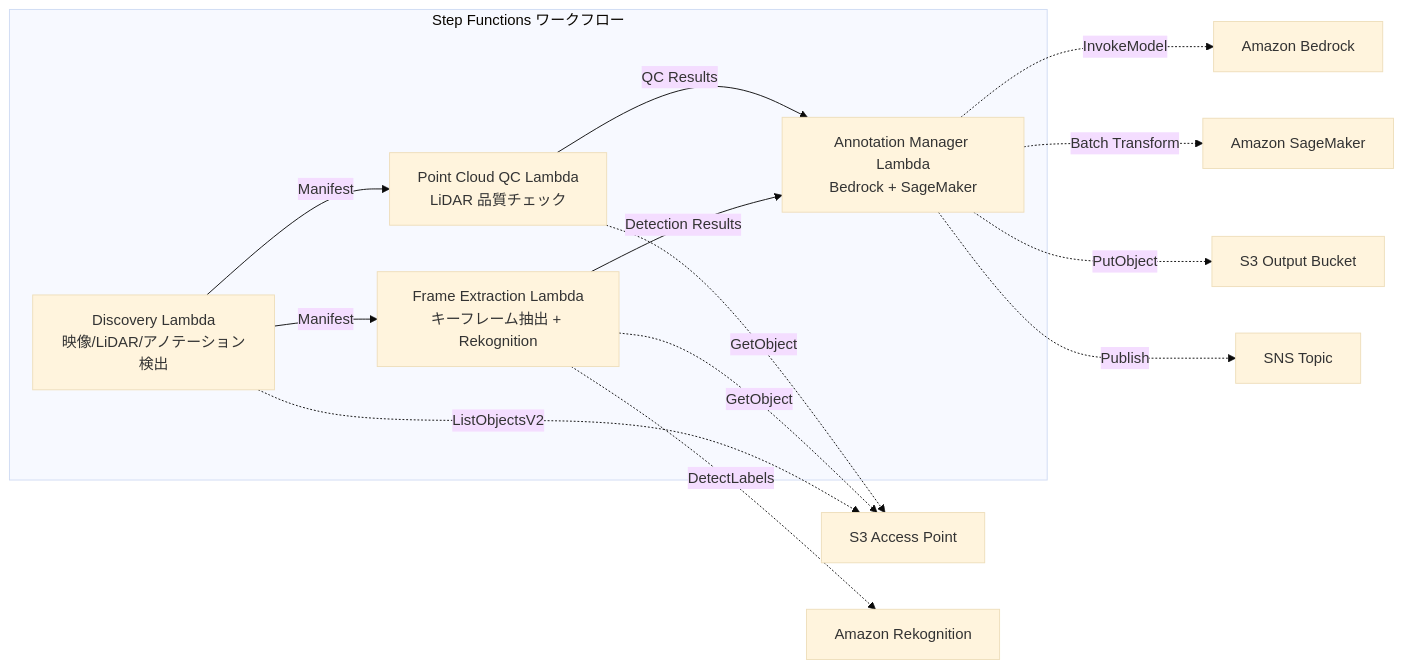
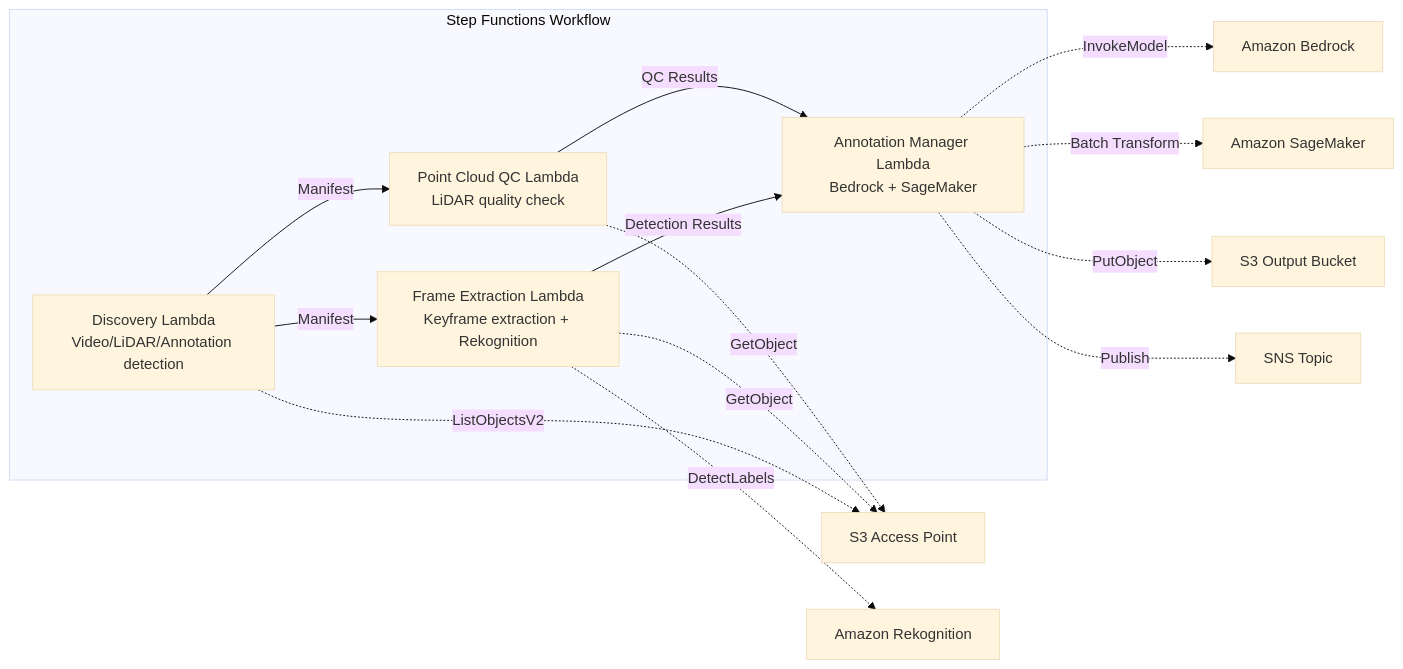
One commit to Yoshiki0705/FSx-for-ONTAP-S3AccessPoints-Serverless-Patterns changed the diagram in solutions/industry/autonomous-driving/README.en.md. Above: the diagram before and after it, drawn with Mermaid (base theme). The commit also changed other lines of this file and 20 other files, not shown here.

````diff
--- a/solutions/industry/autonomous-driving/README.en.md
+++ b/solutions/industry/autonomous-driving/README.en.md
@@ -29,23 +55,23 @@
 ```mermaid
 graph LR
-    subgraph "Step Functions ワークフロー"
-        D[Discovery Lambda<br/>映像/LiDAR/アノテーション検出]
-        FE[Frame Extraction Lambda<br/>キーフレーム抽出 + Rekognition]
-        PC[Point Cloud QC Lambda<br/>LiDAR 品質チェック]
+    subgraph "Step Functions Workflow"
+        D[Discovery Lambda<br/>Video/LiDAR/Annotation detection]
+        FE[Frame Extraction Lambda<br/>Keyframe extraction + Rekognition]
+        PC[Point Cloud QC Lambda<br/>LiDAR quality check]
         AM[Annotation Manager Lambda<br/>Bedrock + SageMaker]
     end
 
     D -->|Manifest| FE
     D -->|Manifest| PC
     FE -->|Detection Results| AM
     PC -->|QC Results| AM
 
     D -.->|ListObjectsV2| S3AP[S3 Access Point]
     FE -.->|GetObject| S3AP
     FE -.->|DetectLabels| Rekog[Amazon Rekognition]
     PC -.->|GetObject| S3AP
     AM -.->|InvokeModel| Bedrock[Amazon Bedrock]
     AM -.->|Batch Transform| SM[Amazon SageMaker]
     AM -.->|PutObject| S3OUT[S3 Output Bucket]
     AM -.->|Publish| SNS[SNS Topic]
 ```
````
